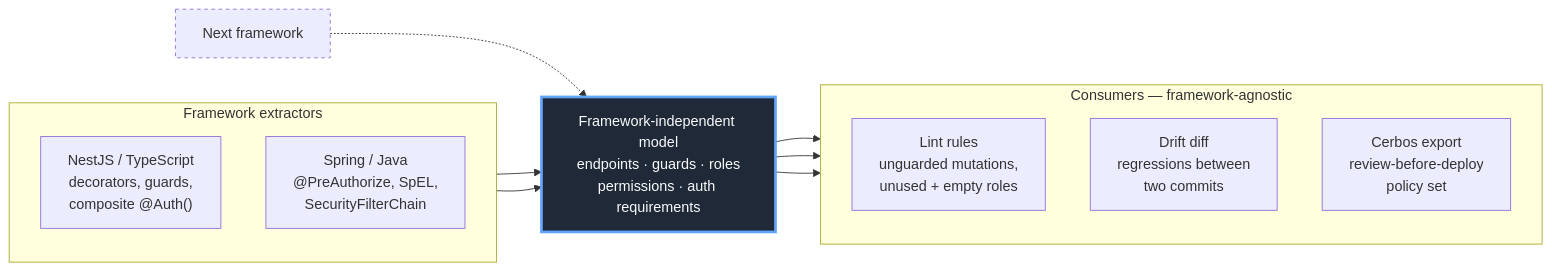
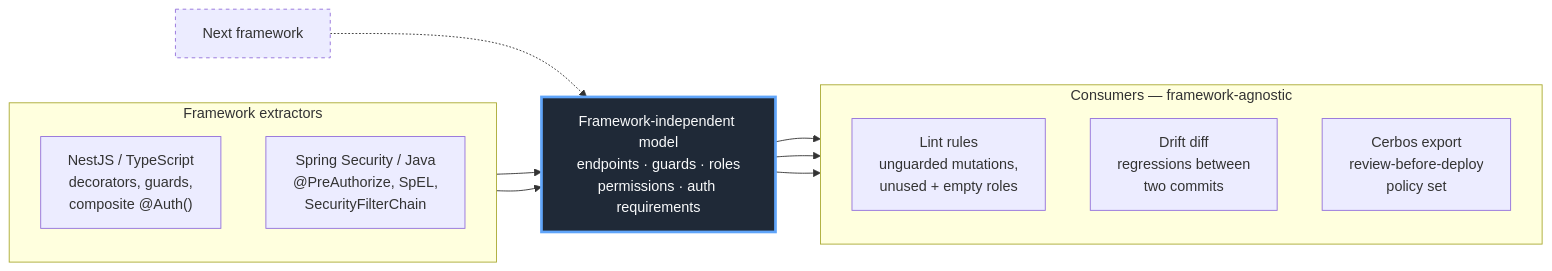
Before and after one commit to chebilax/sphinxor: the diagram in README.md, drawn with Mermaid. The commit also changed other lines of this file and 2 other files, not shown here.

First line of the commit message:
State the Spring Security scope and enumerate every mechanism (ADR 0029) (#33)

````diff
--- a/README.md
+++ b/README.md
@@ -75,28 +75,28 @@
 ```mermaid
 flowchart LR
     subgraph EX["Framework extractors"]
         direction TB
         NEST["NestJS / TypeScript<br/>decorators, guards,<br/>composite @Auth()"]
-        SPRING["Spring / Java<br/>@PreAuthorize, SpEL,<br/>SecurityFilterChain"]
+        SPRING["Spring Security / Java<br/>@PreAuthorize, SpEL,<br/>SecurityFilterChain"]
     end
 
     MODEL["Framework-independent model<br/>endpoints · guards · roles<br/>permissions · auth requirements"]
 
     subgraph OUT["Consumers — framework-agnostic"]
         direction TB
         LINT["Lint rules<br/>unguarded mutations,<br/>unused + empty roles"]
         DIFF["Drift diff<br/>regressions between<br/>two commits"]
         EXPORT["Cerbos export<br/>review-before-deploy<br/>policy set"]
     end
 
     NEST --> MODEL
     SPRING --> MODEL
     MODEL --> LINT
     MODEL --> DIFF
     MODEL --> EXPORT
 
     FUTURE["Next framework"] -.-> MODEL
 
     style MODEL fill:#1f2937,stroke:#60a5fa,stroke-width:3px,color:#f9fafb
     style FUTURE stroke-dasharray: 4 4
 ```
````
